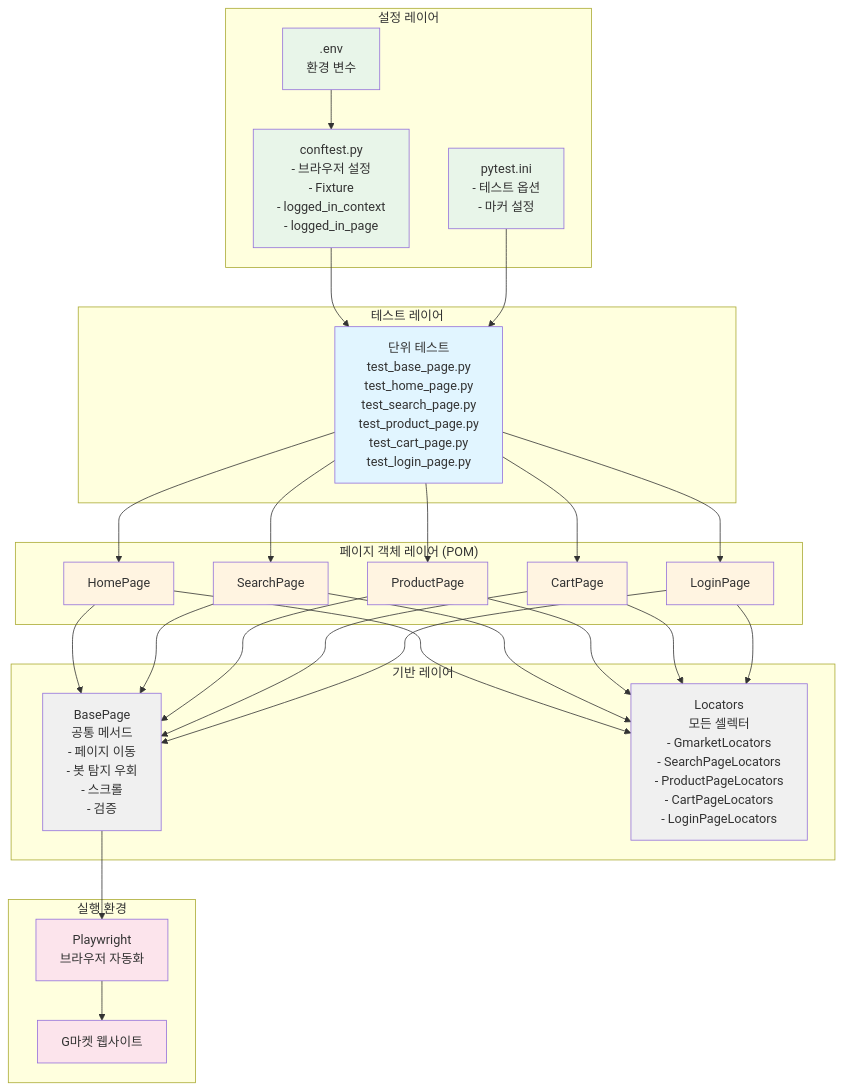
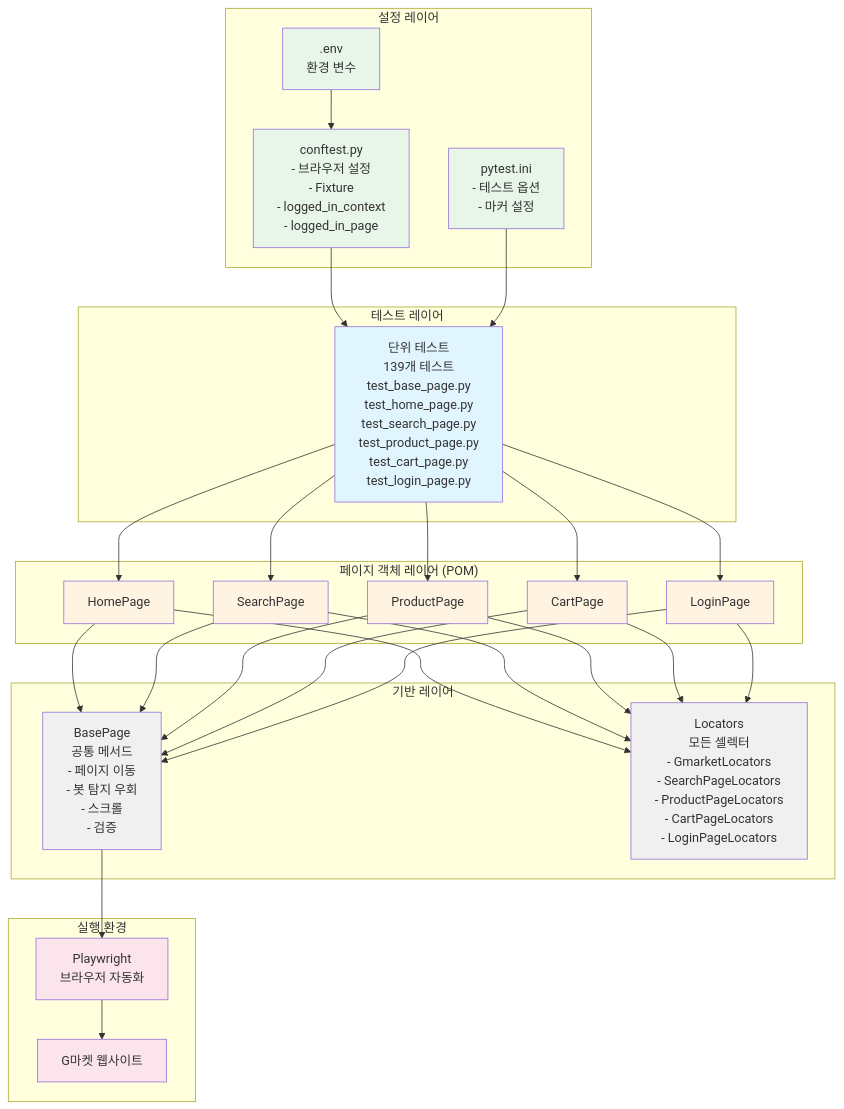
The first of 3 diagrams in README.MD (Yangsun94/Gmarket_Project), drawn with Mermaid before and after one commit. The commit also changed other lines of this file and 13 other files, not shown here.

````diff
--- a/README.MD
+++ b/README.MD
@@ -58,69 +63,69 @@
 ```mermaid
 graph TB
     subgraph "테스트 레이어"
-        UT[단위 테스트<br/>test_base_page.py<br/>test_home_page.py<br/>test_search_page.py<br/>test_product_page.py<br/>test_cart_page.py<br/>test_login_page.py]
+        UT[단위 테스트<br/>139개 테스트<br/>test_base_page.py<br/>test_home_page.py<br/>test_search_page.py<br/>test_product_page.py<br/>test_cart_page.py<br/>test_login_page.py]
     end
 
     subgraph "페이지 객체 레이어 (POM)"
         HP[HomePage]
         SP[SearchPage]
         PP[ProductPage]
         CP[CartPage]
         LP[LoginPage]
     end
 
     subgraph "기반 레이어"
         BP[BasePage<br/>공통 메서드<br/>- 페이지 이동<br/>- 봇 탐지 우회<br/>- 스크롤<br/>- 검증]
         LC[Locators<br/>모든 셀렉터<br/>- GmarketLocators<br/>- SearchPageLocators<br/>- ProductPageLocators<br/>- CartPageLocators<br/>- LoginPageLocators]
     end
 
     subgraph "설정 레이어"
         CF[conftest.py<br/>- 브라우저 설정<br/>- Fixture<br/>- logged_in_context<br/>- logged_in_page]
         PI[pytest.ini<br/>- 테스트 옵션<br/>- 마커 설정]
         ENV[.env<br/>환경 변수]
     end
 
     subgraph "실행 환경"
         PW[Playwright<br/>브라우저 자동화]
         GM[G마켓 웹사이트]
     end
 
     UT --> HP
     UT --> SP
     UT --> PP
     UT --> CP
     UT --> LP
 
     HP --> BP
     SP --> BP
     PP --> BP
     CP --> BP
     LP --> BP
 
     HP --> LC
     SP --> LC
     PP --> LC
     CP --> LC
     LP --> LC
 
     CF --> UT
     PI --> UT
     ENV --> CF
 
     BP --> PW
     PW --> GM
 
     style UT fill:#e1f5ff
     style HP fill:#fff4e1
     style SP fill:#fff4e1
     style PP fill:#fff4e1
     style CP fill:#fff4e1
     style LP fill:#fff4e1
     style BP fill:#f0f0f0
     style LC fill:#f0f0f0
     style CF fill:#e8f5e9
     style PI fill:#e8f5e9
     style ENV fill:#e8f5e9
     style PW fill:#fce4ec
     style GM fill:#fce4ec
 ```
````
